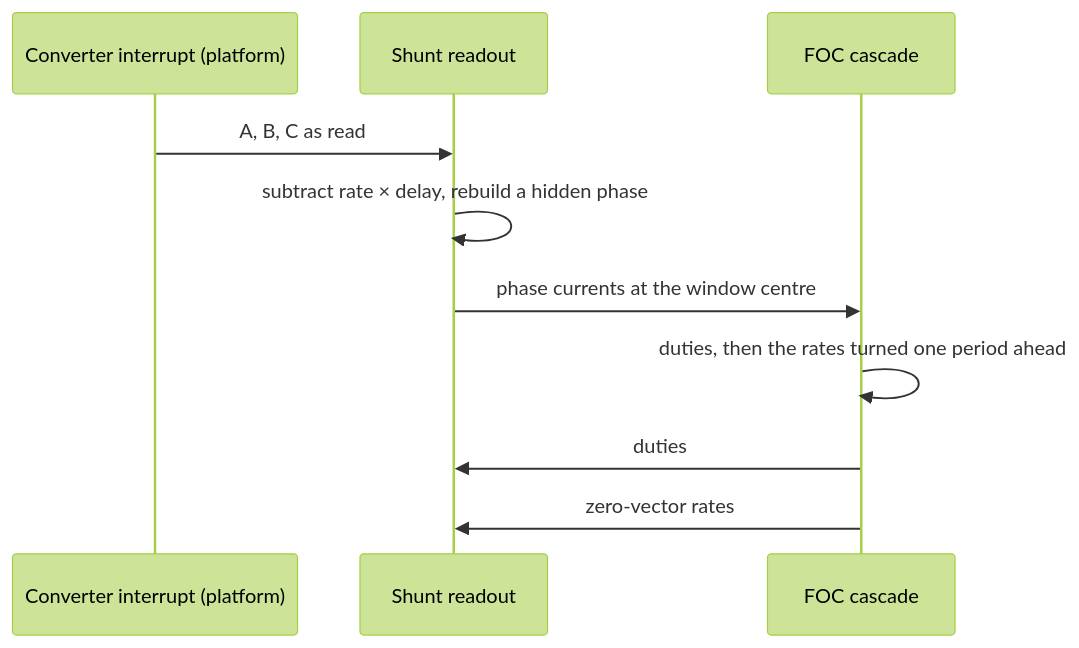
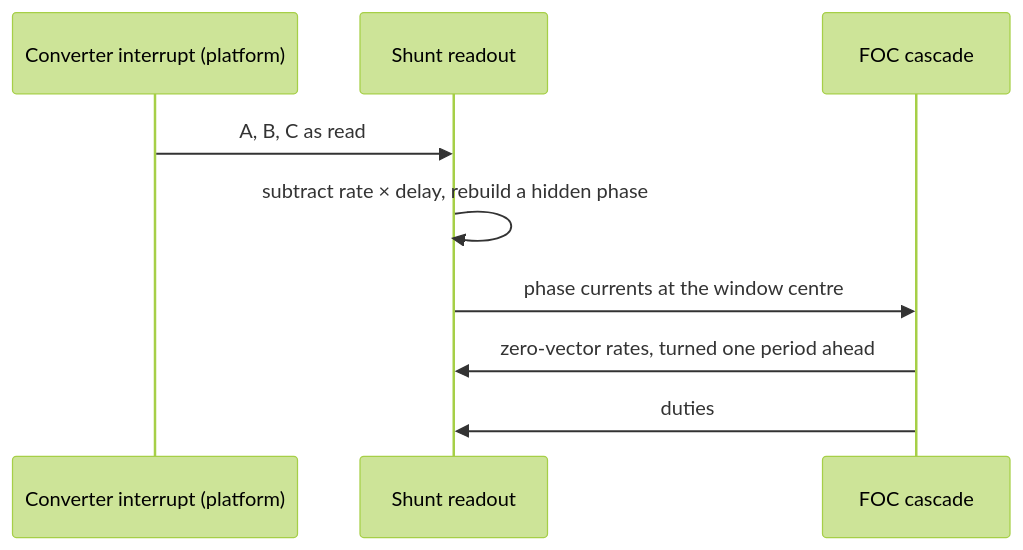
One commit to embedded-pro/e-foc changed the second of 2 diagrams in documentation/design/platform-sampling-skew.md. Above: the diagram before and after it, drawn with Mermaid (forest theme). The commit also changed other lines of this file and 34 other files, not shown here.

First line of the commit message:
perf: hand the zero-vector slopes straight to the platform

````diff
--- a/documentation/design/platform-sampling-skew.md
+++ b/documentation/design/platform-sampling-skew.md
@@ -157,12 +161,11 @@
 ```mermaid
 sequenceDiagram
     participant ADC as Converter interrupt (platform)
     participant RO as Shunt readout
     participant FOC as FOC cascade
     ADC->>RO: A, B, C as read
     RO->>RO: subtract rate × delay, rebuild a hidden phase
     RO->>FOC: phase currents at the window centre
-    FOC->>FOC: duties, then the rates turned one period ahead
+    FOC->>RO: zero-vector rates, turned one period ahead
     FOC->>RO: duties
-    FOC->>RO: zero-vector rates
 ```
````
